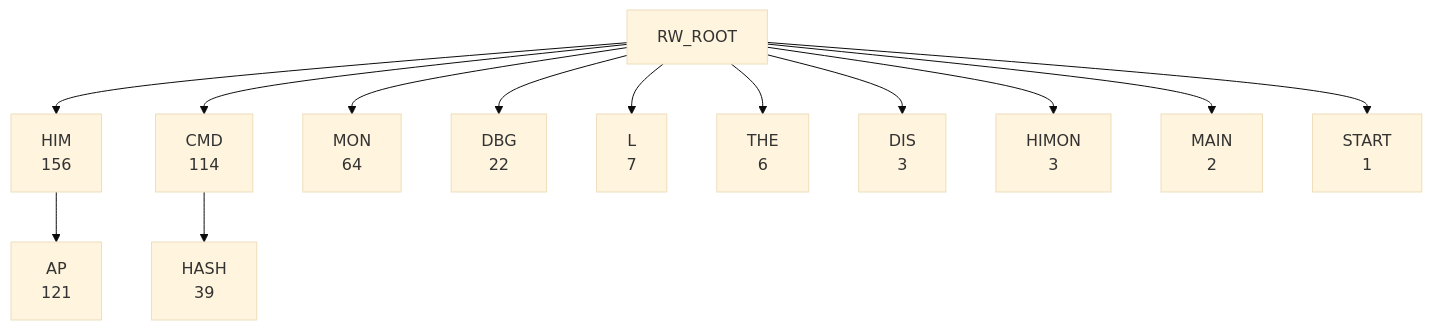
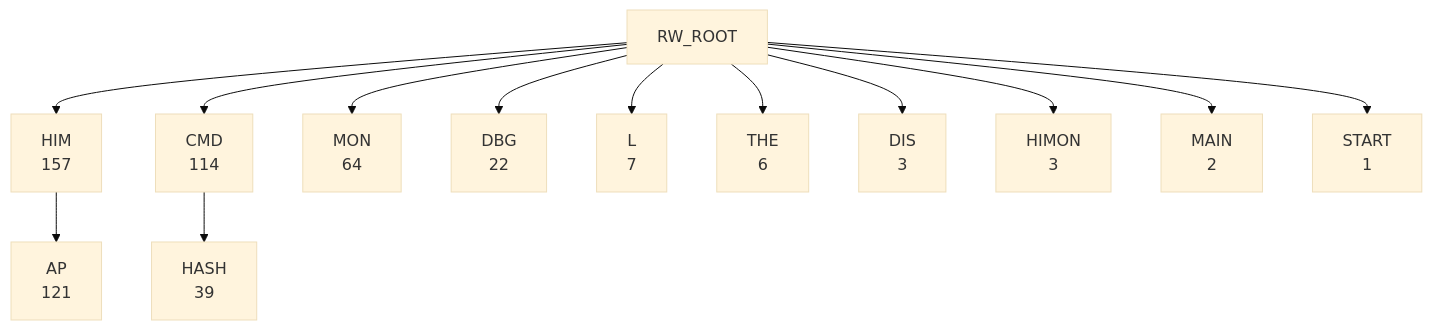
One commit to 95westus/R-YORS changed the second of 8 diagrams in DOC/GENERATED/ROUTINE_WORD_TREE.md. Above: the diagram before and after it, drawn with Mermaid (base theme). The commit also changed other lines of this file and 33 other files, not shown here.

````diff
--- a/DOC/GENERATED/ROUTINE_WORD_TREE.md
+++ b/DOC/GENERATED/ROUTINE_WORD_TREE.md
@@ -29,15 +29,15 @@
 ```mermaid
 flowchart TD
-    RW_ROOT --> RW_HIM["HIM<br/>156"]
+    RW_ROOT --> RW_HIM["HIM<br/>157"]
     RW_ROOT --> RW_CMD["CMD<br/>114"]
     RW_ROOT --> RW_MON["MON<br/>64"]
     RW_ROOT --> RW_DBG["DBG<br/>22"]
     RW_ROOT --> RW_L["L<br/>7"]
     RW_ROOT --> RW_THE["THE<br/>6"]
     RW_ROOT --> RW_DIS["DIS<br/>3"]
     RW_ROOT --> RW_HIMON["HIMON<br/>3"]
     RW_ROOT --> RW_MAIN["MAIN<br/>2"]
     RW_ROOT --> RW_START["START<br/>1"]
     RW_HIM --> RW_HIM_AP["AP<br/>121"]
     RW_CMD --> RW_CMD_HASH["HASH<br/>39"]
 ```
````
